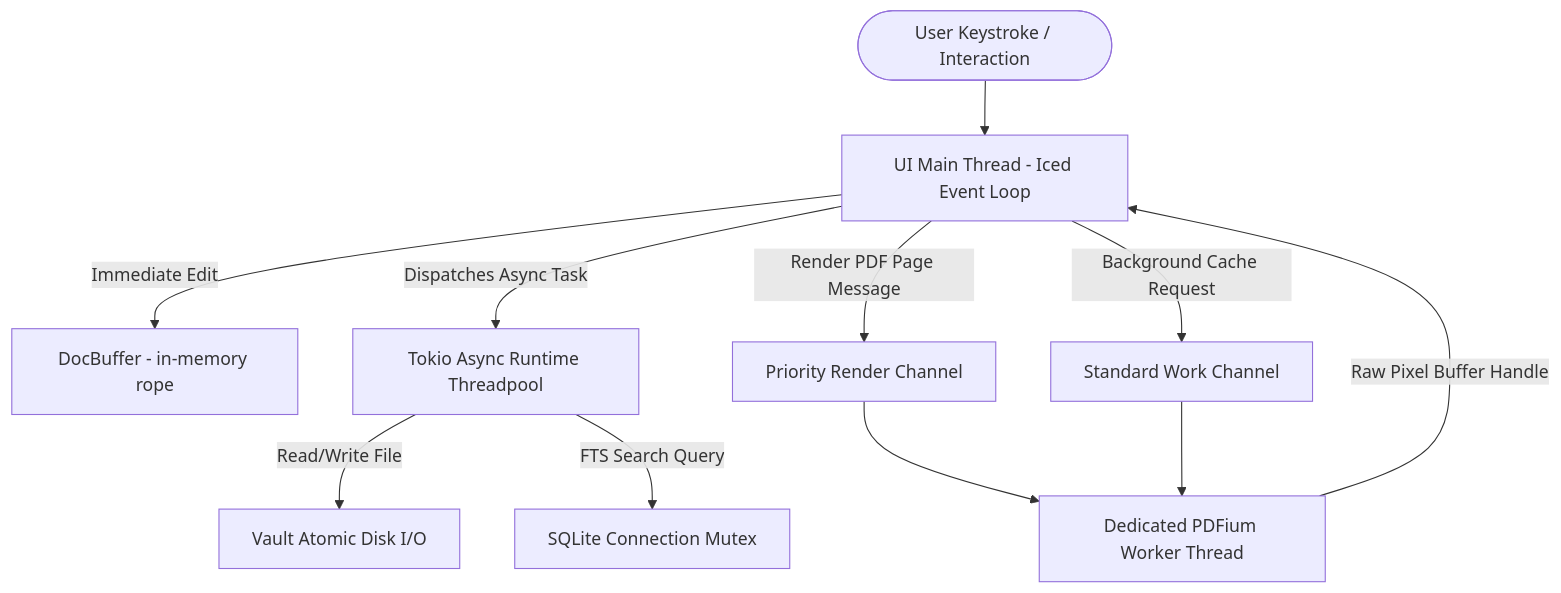
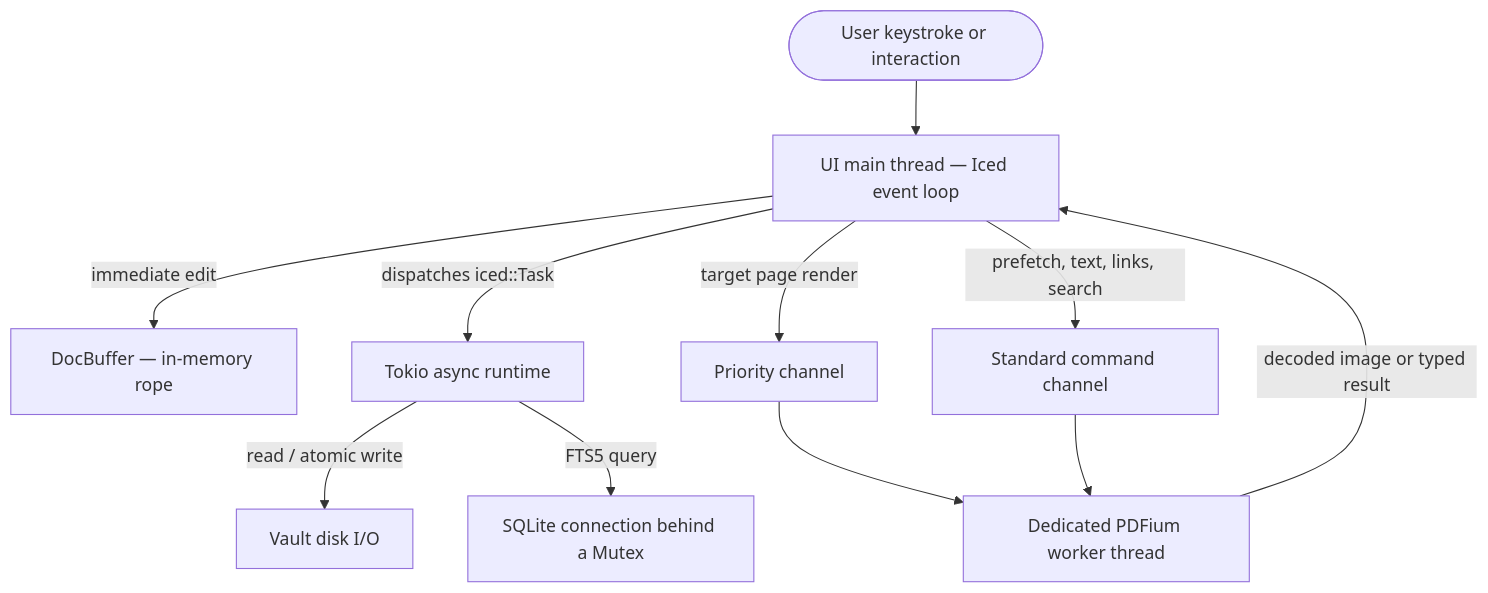
The diagram in wiki/Architecture-and-Philosophy.md (Suranjan77/md-editor), drawn with Mermaid before and after one commit. The commit also changed other lines of this file and 24 other files, not shown here.

````diff
--- a/wiki/Architecture-and-Philosophy.md
+++ b/wiki/Architecture-and-Philosophy.md
@@ -93,13 +138,13 @@
 ```mermaid
 graph TD
-    User([User Keystroke / Interaction]) --> UIThread[UI Main Thread - Iced Event Loop]
-    UIThread -->|Immediate Edit| LocalBuffer[DocBuffer - in-memory rope]
-    UIThread -->|Dispatches Async Task| TokioPool[Tokio Async Runtime Threadpool]
-    TokioPool -->|Read/Write File| VaultIO[Vault Atomic Disk I/O]
-    TokioPool -->|FTS Search Query| SQLiteThread[SQLite Connection Mutex]
-    UIThread -->|Render PDF Page Message| PriorityChan[Priority Render Channel]
-    UIThread -->|Background Cache Request| NormalChan[Standard Work Channel]
-    PriorityChan --> PDFWorker[Dedicated PDFium Worker Thread]
+    User(["User keystroke or interaction"]) --> UIThread["UI main thread — Iced event loop"]
+    UIThread -->|"immediate edit"| LocalBuffer["DocBuffer — in-memory rope"]
+    UIThread -->|"dispatches iced::Task"| TokioPool["Tokio async runtime"]
+    TokioPool -->|"read / atomic write"| VaultIO["Vault disk I/O"]
+    TokioPool -->|"FTS5 query"| SQLiteThread["SQLite connection behind a Mutex"]
+    UIThread -->|"target page render"| PriorityChan["Priority channel"]
+    UIThread -->|"prefetch, text, links, search"| NormalChan["Standard command channel"]
+    PriorityChan --> PDFWorker["Dedicated PDFium worker thread"]
     NormalChan --> PDFWorker
-    PDFWorker -->|Raw Pixel Buffer Handle| UIThread
+    PDFWorker -->|"decoded image or typed result"| UIThread
 ```
````
